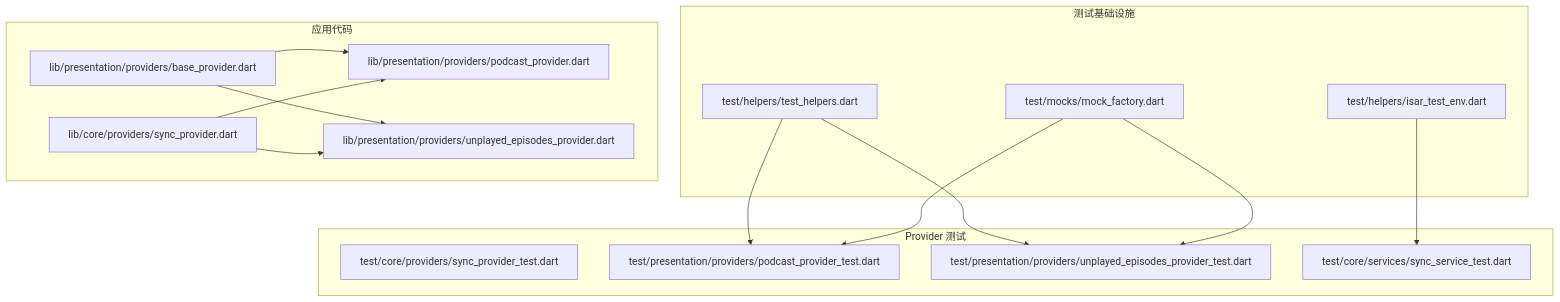
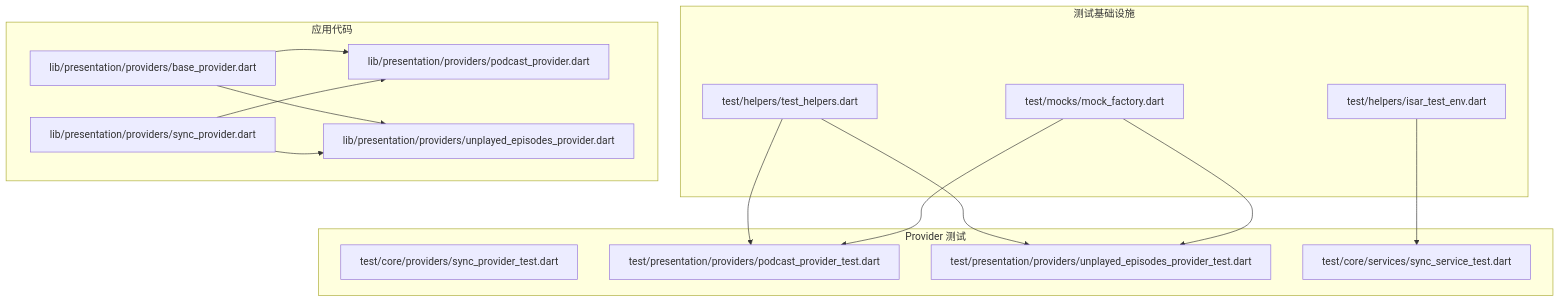
Before and after one commit to ZTfer/Tinycast: the first of 8 diagrams in .qoder/repowiki/zh/content/架构设计/设计模式应用/Provider Pattern（提供者模式）/Provider 测试策略.md, drawn with Mermaid. The commit also changed other lines of this file and 117 other files, not shown here.

````diff
--- a/.qoder/repowiki/zh/content/架构设计/设计模式应用/Provider Pattern（提供者模式）/Provider 测试策略.md
+++ b/.qoder/repowiki/zh/content/架构设计/设计模式应用/Provider Pattern（提供者模式）/Provider 测试策略.md
@@ -51,29 +51,29 @@
 ```mermaid
 graph TB
 subgraph "测试基础设施"
 TH["test/helpers/test_helpers.dart"]
 ITE["test/helpers/isar_test_env.dart"]
 MF["test/mocks/mock_factory.dart"]
 end
 subgraph "Provider 测试"
 TSP["test/core/providers/sync_provider_test.dart"]
 TPP["test/presentation/providers/podcast_provider_test.dart"]
 UEP["test/presentation/providers/unplayed_episodes_provider_test.dart"]
 SST["test/core/services/sync_service_test.dart"]
 end
 subgraph "应用代码"
 BP["lib/presentation/providers/base_provider.dart"]
-SP["lib/core/providers/sync_provider.dart"]
+SP["lib/presentation/providers/sync_provider.dart"]
 PP["lib/presentation/providers/podcast_provider.dart"]
 UEPP["lib/presentation/providers/unplayed_episodes_provider.dart"]
 end
 TH --> TPP
 TH --> UEP
 ITE --> SST
 MF --> TPP
 MF --> UEP
 BP --> PP
 BP --> UEPP
 SP --> PP
 SP --> UEPP
 ```
````
